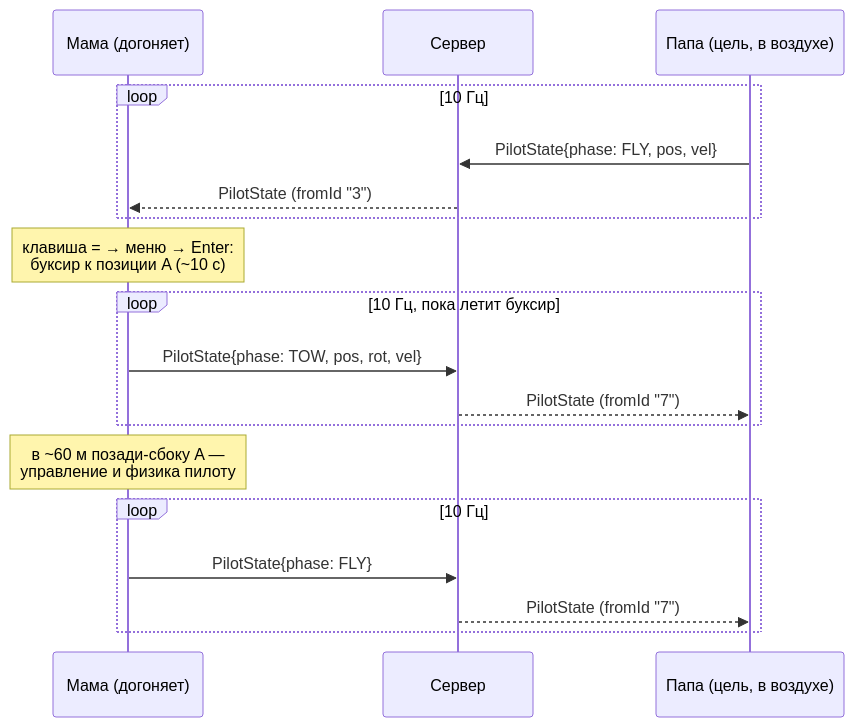
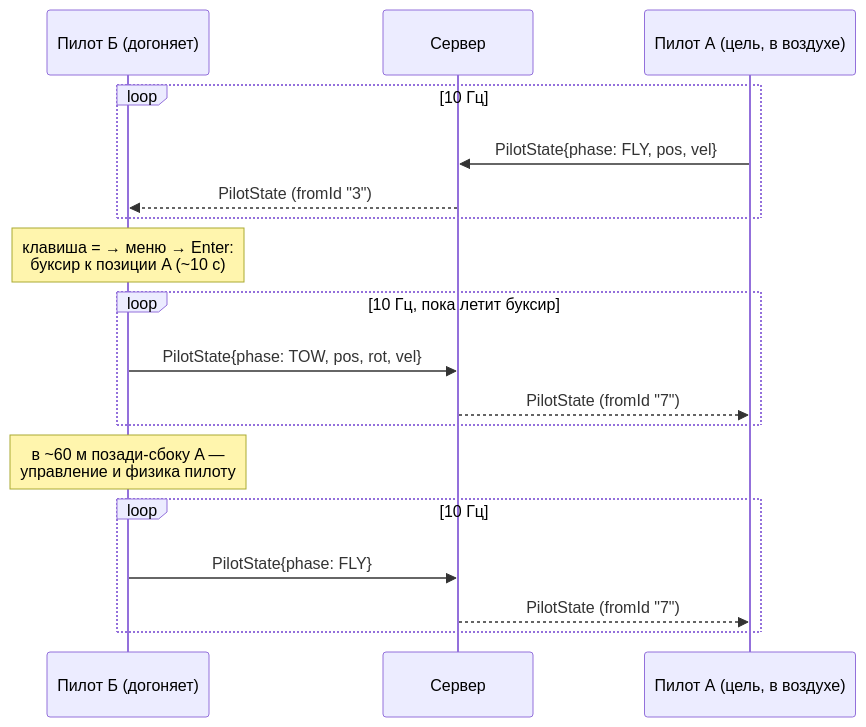
One commit to thegriglat/deltaplan changed the fourth of 4 diagrams in docs/net_protocol.md. Above: the diagram before and after it, drawn with Mermaid. The commit also changed other lines of this file and 17 other files, not shown here.

First line of the commit message:
Документы: «мама/папа/родители» → «пилот(ы)» для публикации на сайте

````diff
--- a/docs/net_protocol.md
+++ b/docs/net_protocol.md
@@ -297,20 +297,20 @@
 ```mermaid
 sequenceDiagram
-    participant B as Мама (догоняет)
+    participant B as Пилот Б (догоняет)
     participant S as Сервер
-    participant A as Папа (цель, в воздухе)
+    participant A as Пилот А (цель, в воздухе)
     loop 10 Гц
         A->>S: PilotState{phase: FLY, pos, vel}
         S-->>B: PilotState (fromId "3")
     end
     Note over B: клавиша = → меню → Enter:<br/>буксир к позиции A (~10 с)
     loop 10 Гц, пока летит буксир
         B->>S: PilotState{phase: TOW, pos, rot, vel}
         S-->>A: PilotState (fromId "7")
     end
     Note over B: в ~60 м позади-сбоку A —<br/>управление и физика пилоту
     loop 10 Гц
         B->>S: PilotState{phase: FLY}
         S-->>A: PilotState (fromId "7")
     end
 ```
````
